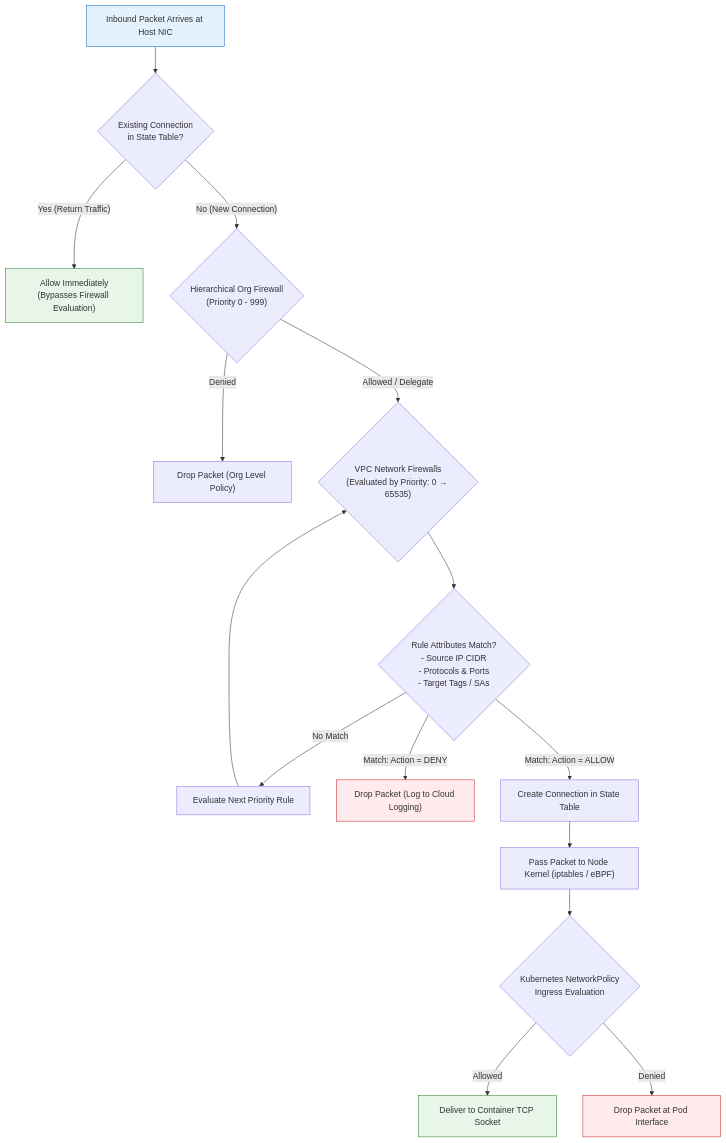
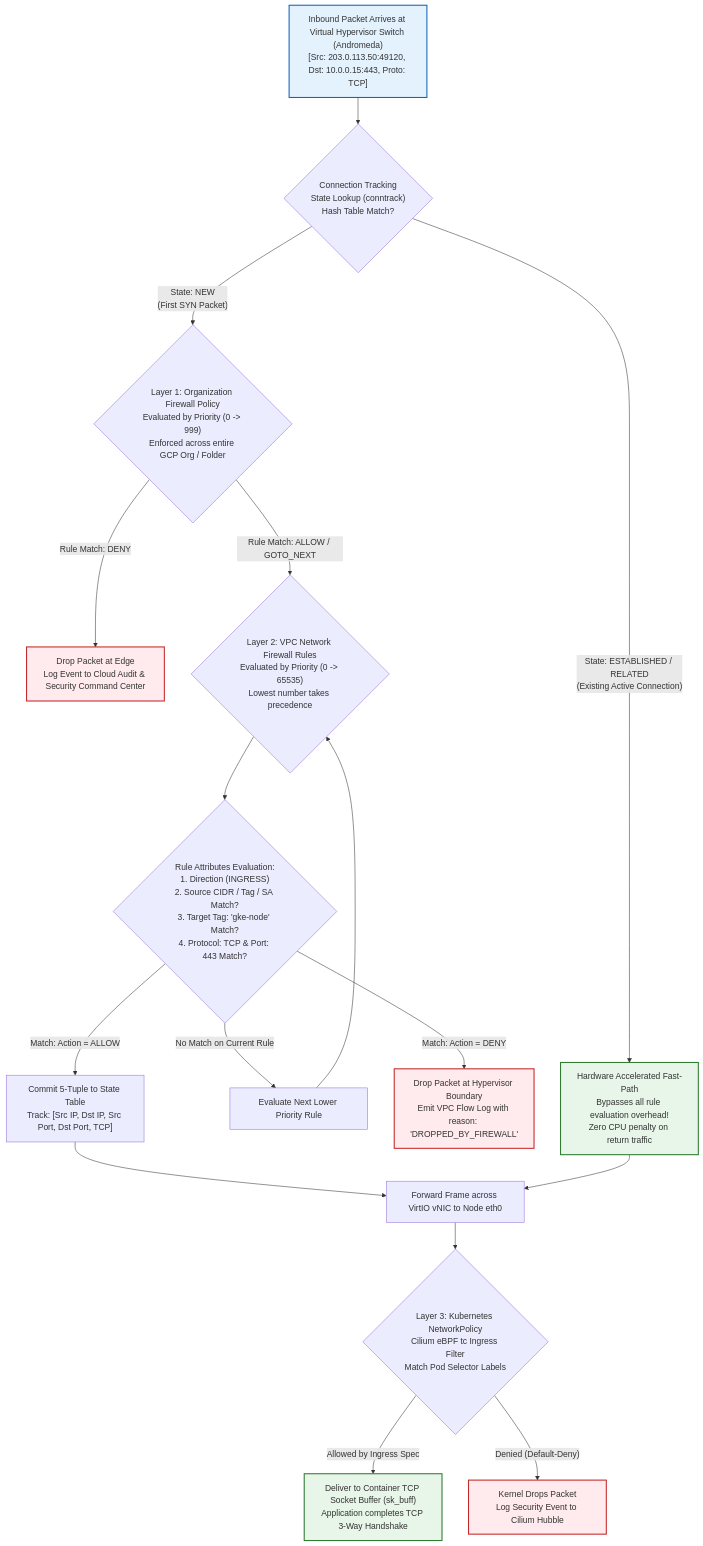
One commit to Chief-Strategist-J/gcd changed the fifth of 15 diagrams in kubernetes/networking-shell-command.md. Above: the diagram before and after it, drawn with Mermaid. The commit also changed other lines of this file, not shown here.

Commit message:
docs(networking): enrich all diagrams with step-by-step internal packet execution mechanics and detailed annotations

````diff
--- a/kubernetes/networking-shell-command.md
+++ b/kubernetes/networking-shell-command.md
@@ -417,29 +500,34 @@
 ```mermaid
 graph TD
-    InPacket["Inbound Packet Arrives at Host NIC"] --> Conntrack{"Existing Connection<br/>in State Table?"}
+    InPacket["Inbound Packet Arrives at Virtual Hypervisor Switch (Andromeda)<br/>[Src: 203.0.113.50:49120, Dst: 10.0.0.15:443, Proto: TCP]"] --> ConntrackCheck{"Connection Tracking<br/>State Lookup (conntrack)<br/>Hash Table Match?"}
 
-    Conntrack -- Yes (Return Traffic) --> AllowDirect["Allow Immediately<br/>(Bypasses Firewall Evaluation)"]
-    Conntrack -- No (New Connection) --> OrgPolicy{"Hierarchical Org Firewall<br/>(Priority 0 - 999)"}
+    ConntrackCheck -- "State: ESTABLISHED / RELATED<br/>(Existing Active Connection)" --> FastPath["Hardware Accelerated Fast-Path<br/>Bypasses all rule evaluation overhead!<br/>Zero CPU penalty on return traffic"]
+    
+    ConntrackCheck -- "State: NEW<br/>(First SYN Packet)" --> OrgFirewall{"Layer 1: Organization Firewall Policy<br/>Evaluated by Priority (0 -> 999)<br/>Enforced across entire GCP Org / Folder"}
 
-    OrgPolicy -- Denied --> DropOrg["Drop Packet (Org Level Policy)"]
-    OrgPolicy -- Allowed / Delegate --> VPCFirewall{"VPC Network Firewalls<br/>(Evaluated by Priority: 0 → 65535)"}
+    OrgFirewall -- "Rule Match: DENY" --> DropOrg["Drop Packet at Edge<br/>Log Event to Cloud Audit & Security Command Center"]
+    OrgFirewall -- "Rule Match: ALLOW / GOTO_NEXT" --> VPCFirewall{"Layer 2: VPC Network Firewall Rules<br/>Evaluated by Priority (0 -> 65535)<br/>Lowest number takes precedence"}
 
-    VPCFirewall --> RuleMatch{"Rule Attributes Match?<br/>- Source IP CIDR<br/>- Protocols & Ports<br/>- Target Tags / SAs"}
+    VPCFirewall --> RuleMatch{"Rule Attributes Evaluation:<br/>1. Direction (INGRESS)<br/>2. Source CIDR / Tag / SA Match?<br/>3. Target Tag: 'gke-node' Match?<br/>4. Protocol: TCP & Port: 443 Match?"}
 
-    RuleMatch -- No Match --> NextRule["Evaluate Next Priority Rule"]
-    NextRule --> VPCFirewall
+    RuleMatch -- "No Match on Current Rule" --> NextPriority["Evaluate Next Lower Priority Rule"]
+    NextPriority --> VPCFirewall
 
-    RuleMatch -- Match: Action = DENY --> DropVPC["Drop Packet (Log to Cloud Logging)"]
-    RuleMatch -- Match: Action = ALLOW --> AllowVPC["Create Connection in State Table"]
+    RuleMatch -- "Match: Action = DENY" --> DropVPC["Drop Packet at Hypervisor Boundary<br/>Emit VPC Flow Log with reason: 'DROPPED_BY_FIREWALL'"]
+    RuleMatch -- "Match: Action = ALLOW" --> WriteConntrack["Commit 5-Tuple to State Table<br/>Track: [Src IP, Dst IP, Src Port, Dst Port, TCP]"]
 
-    AllowVPC --> K8sNode["Pass Packet to Node Kernel (iptables / eBPF)"]
-    K8sNode --> NetPolCheck{"Kubernetes NetworkPolicy<br/>Ingress Evaluation"}
-    NetPolCheck -- Allowed --> PodApp["Deliver to Container TCP Socket"]
-    NetPolCheck -- Denied --> DropK8s["Drop Packet at Pod Interface"]
+    WriteConntrack --> PassToNode["Forward Frame across VirtIO vNIC to Node eth0"]
+    FastPath --> PassToNode
 
-    style InPacket fill:#e3f2fd,stroke:#1565c0
-    style AllowDirect fill:#e8f5e9,stroke:#2e7d32
-    style DropVPC fill:#ffebee,stroke:#c62828
-    style DropK8s fill:#ffebee,stroke:#c62828
-    style PodApp fill:#e8f5e9,stroke:#2e7d32
+    PassToNode --> NetPolCheck{"Layer 3: Kubernetes NetworkPolicy<br/>Cilium eBPF tc Ingress Filter<br/>Match Pod Selector Labels"}
+    
+    NetPolCheck -- "Allowed by Ingress Spec" --> DeliverPod["Deliver to Container TCP Socket Buffer (sk_buff)<br/>Application completes TCP 3-Way Handshake"]
+    NetPolCheck -- "Denied (Default-Deny)" --> DropNetPol["Kernel Drops Packet<br/>Log Security Event to Cilium Hubble"]
+
+    style InPacket fill:#e3f2fd,stroke:#1565c0,stroke-width:2px
+    style FastPath fill:#e8f5e9,stroke:#2e7d32,stroke-width:2px
+    style DropOrg fill:#ffebee,stroke:#c62828,stroke-width:2px
+    style DropVPC fill:#ffebee,stroke:#c62828,stroke-width:2px
+    style DropNetPol fill:#ffebee,stroke:#c62828,stroke-width:2px
+    style DeliverPod fill:#e8f5e9,stroke:#2e7d32,stroke-width:2px
 ```
````
